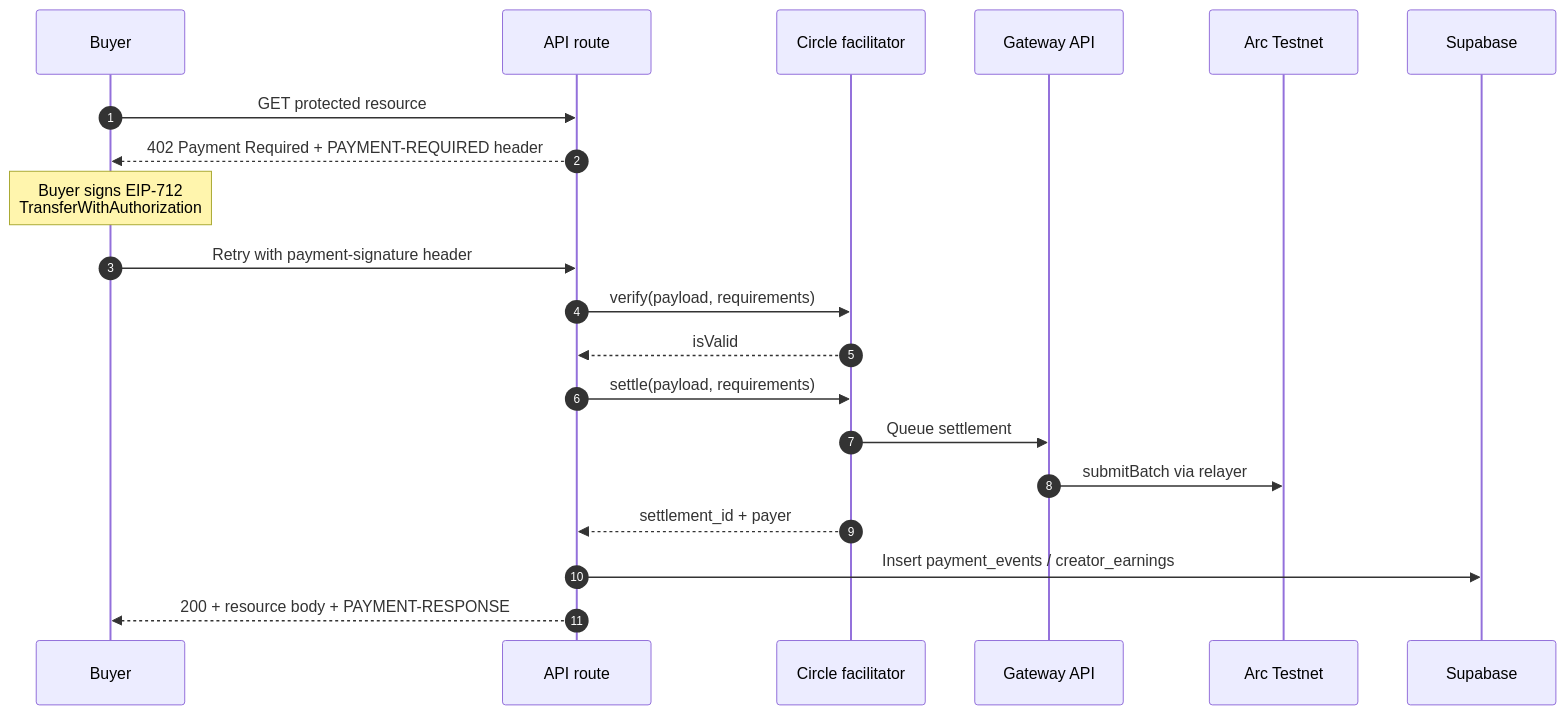
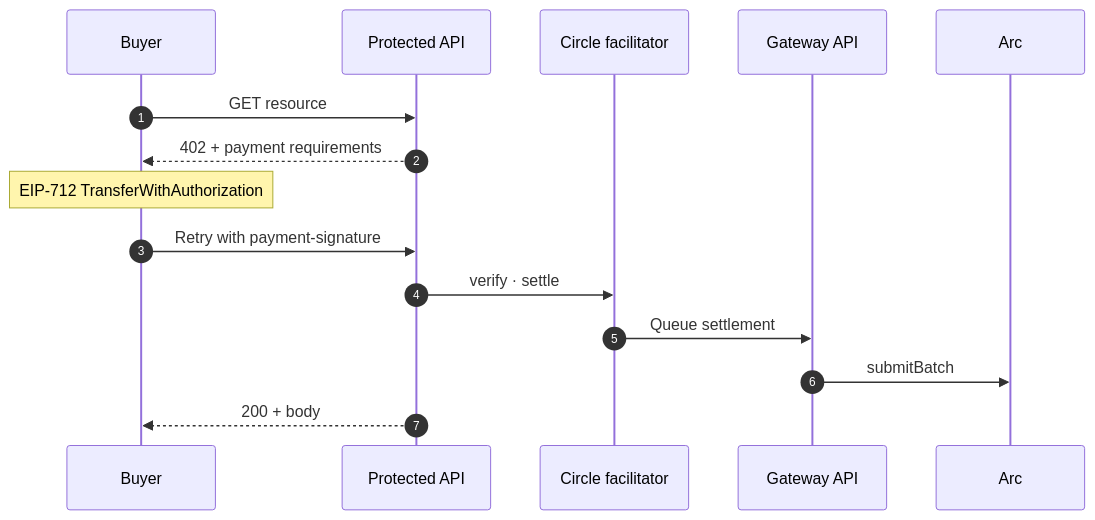
The second of 3 diagrams in README.md (rudazy/citation-agent), drawn with Mermaid before and after one commit. The commit also changed other lines of this file and 26 other files, not shown here.

````diff
--- a/README.md
+++ b/README.md
@@ -89,23 +83,18 @@
 ```mermaid
 sequenceDiagram
   autonumber
-  participant B as Buyer
-  participant A as API route
-  participant F as Circle facilitator
-  participant G as Gateway API
-  participant C as Arc Testnet
-  participant D as Supabase
+  participant Buyer
+  participant API as Protected API
+  participant Fac as Circle facilitator
+  participant GW as Gateway API
+  participant Chain as Arc
 
-  B->>A: GET protected resource
-  A-->>B: 402 Payment Required + PAYMENT-REQUIRED header
-  Note over B: Buyer signs EIP-712<br/>TransferWithAuthorization
-  B->>A: Retry with payment-signature header
-  A->>F: verify(payload, requirements)
-  F-->>A: isValid
-  A->>F: settle(payload, requirements)
-  F->>G: Queue settlement
-  G->>C: submitBatch via relayer
-  F-->>A: settlement_id + payer
-  A->>D: Insert payment_events / creator_earnings
-  A-->>B: 200 + resource body + PAYMENT-RESPONSE
+  Buyer->>API: GET resource
+  API-->>Buyer: 402 + payment requirements
+  Note over Buyer: EIP-712 TransferWithAuthorization
+  Buyer->>API: Retry with payment-signature
+  API->>Fac: verify · settle
+  Fac->>GW: Queue settlement
+  GW->>Chain: submitBatch
+  API-->>Buyer: 200 + body
 ```
````
